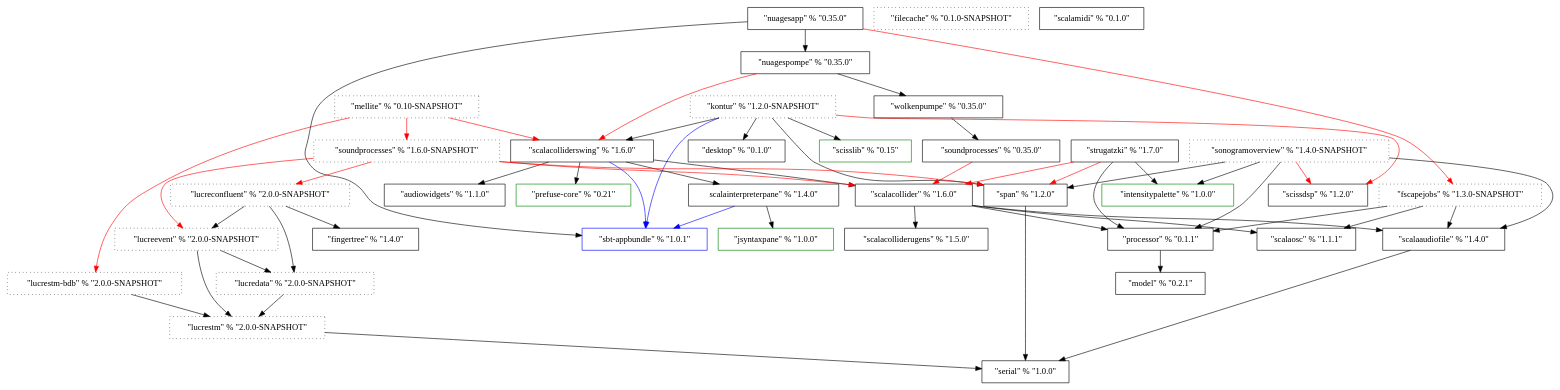
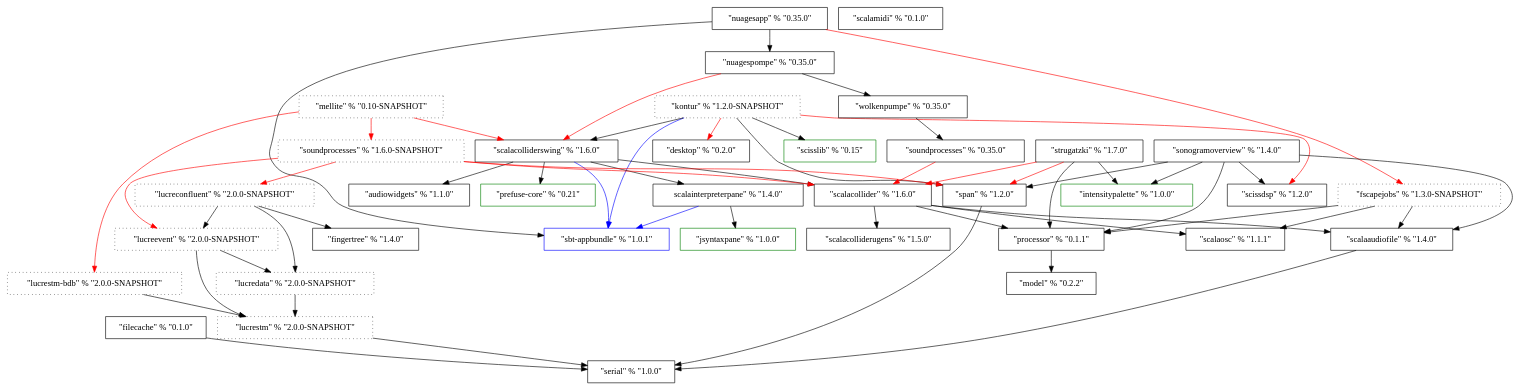
The diagram in ProjectDependencies/dep.dot (Sciss/HistoricalCode), drawn with Graphviz before and after one commit.

```diff
--- a/ProjectDependencies/dep.dot
+++ b/ProjectDependencies/dep.dot
@@ -1,93 +1,94 @@
 digraph G {
 	AudioWidgets [label="\"audiowidgets\" % \"1.1.0\"", shape=box];
-	Desktop [label="\"desktop\" % \"0.1.0\"", shape=Box];
-	FileCache [label="\"filecache\" % \"0.1.0-SNAPSHOT\"", shape=Box, style=dotted];
+	Desktop [label="\"desktop\" % \"0.2.0\"", shape=Box];
+	FileCache [label="\"filecache\" % \"0.1.0\"", shape=Box];
 	FingerTree [label="\"fingertree\" % \"1.4.0\"", shape=Box];
 	FScapeJobs [label="\"fscapejobs\" % \"1.3.0-SNAPSHOT\"", shape=box, style=dotted];
 	IntensityPalette [label="\"intensitypalette\" % \"1.0.0\"", shape=Box, color=green];
 	JSyntaxPane [label="\"jsyntaxpane\" % \"1.0.0\"", shape=Box, color=green];
 	Kontur [label="\"kontur\" % \"1.2.0-SNAPSHOT\"", shape=Box, style=dotted];
 	LucreConfluent [label="\"lucreconfluent\" % \"2.0.0-SNAPSHOT\"", shape=Box, style=dotted];
 	LucreData [label="\"lucredata\" % \"2.0.0-SNAPSHOT\"", shape=Box, style=dotted];
 	LucreEvent [label="\"lucreevent\" % \"2.0.0-SNAPSHOT\"", shape=Box, style=dotted];
 	LucreSTM [label="\"lucrestm\" % \"2.0.0-SNAPSHOT\"", shape=Box, style=dotted];
 	LucreSTM_BDB [label="\"lucrestm-bdb\" % \"2.0.0-SNAPSHOT\"", shape=Box, style=dotted];
 	Mellite [label="\"mellite\" % \"0.10-SNAPSHOT\"", shape=Box, style=dotted];
-	Model [label="\"model\" % \"0.2.1\"", shape=Box];
+	Model [label="\"model\" % \"0.2.2\"", shape=Box];
 	NuagesApp [label="\"nuagesapp\" % \"0.35.0\"", shape=Box];
 	NuagesPompe [label="\"nuagespompe\" % \"0.35.0\"", shape=Box];
 	PrefuseCore [label="\"prefuse-core\" % \"0.21\"", shape=Box, color=green];
 	Processor [label="\"processor\" % \"0.1.1\"", shape=Box];
 	SbtAppbundle [label="\"sbt-appbundle\" % \"1.0.1\"", shape=Box, color=blue];
 	ScalaOSC [label="\"scalaosc\" % \"1.1.1\"", shape=box];
 	ScalaAudioFile [label="\"scalaaudiofile\" % \"1.4.0\"", shape=box];
 	ScalaCollider [label="\"scalacollider\" % \"1.6.0\"", shape=Box];
 	ScalaColliderSwing [label="\"scalacolliderswing\" % \"1.6.0\"", shape=Box];
 	ScalaColliderUGens [label="\"scalacolliderugens\" % \"1.5.0\"", shape=Box];
 	ScalaInterpreterPane [label="\scalainterpreterpane\" % \"1.4.0\"", shape=Box];
 	ScalaMIDI [label="\"scalamidi\" % \"0.1.0\"", shape=Box];
 	ScissDSP [label="\"scissdsp\" % \"1.2.0\"", shape=Box];
 	ScissLib [label="\"scisslib\" % \"0.15\"", shape=Box, color=green];
 	Serial [label="\"serial\" % \"1.0.0\"", shape=Box];
-	SonogramOverview [label="\"sonogramoverview\" % \"1.4.0-SNAPSHOT\"", shape=Box, style=dotted];
+	SonogramOverview [label="\"sonogramoverview\" % \"1.4.0\"", shape=Box];
 	SoundProcesses [label="\"soundprocesses\" % \"1.6.0-SNAPSHOT\"", shape=Box, style=dotted];
 	SoundProcesses_OLD [label="\"soundprocesses\" % \"0.35.0\"", shape=Box];
    Span [label="\"span\" % \"1.2.0\"", shape=box];
 	Strugatzki [label="\"strugatzki\" % \"1.7.0\"", shape=Box];
 	Wolkenpumpe [label="\"wolkenpumpe\" % \"0.35.0\"", shape=Box];
 	
+	FileCache -> Serial;
 	FScapeJobs -> Processor;
 	FScapeJobs -> ScalaOSC;
 	FScapeJobs -> ScalaAudioFile;
-	Kontur -> Desktop;
+	Kontur -> Desktop [color=red];
 	Kontur -> SbtAppbundle [color=blue];
 	Kontur -> ScalaColliderSwing;
 	Kontur -> ScissDSP [color=red];
 	Kontur -> ScissLib;
 	Kontur -> Span;
 	LucreConfluent -> FingerTree;
 	LucreConfluent -> LucreData;
 	LucreConfluent -> LucreEvent;
 	LucreData -> LucreSTM;
 	LucreEvent -> LucreSTM;
    LucreEvent -> LucreData;
    LucreSTM -> Serial;
    LucreSTM_BDB -> LucreSTM;
 	Mellite -> SoundProcesses [color=red];
 	Mellite -> ScalaColliderSwing [color=red];
 	Mellite -> LucreSTM_BDB [color=red];
 	NuagesApp -> SbtAppbundle;
 	NuagesApp -> NuagesPompe;
 	NuagesApp -> FScapeJobs [color=red];
 	NuagesPompe -> Wolkenpumpe;
 	NuagesPompe -> ScalaColliderSwing [color=red];
 	Processor -> Model;
    ScalaAudioFile -> Serial;
    ScalaCollider -> Processor;
 	ScalaCollider -> ScalaAudioFile;
 	ScalaCollider -> ScalaColliderUGens;
 	ScalaCollider -> ScalaOSC;
 	ScalaColliderSwing -> SbtAppbundle [color=blue];
 	ScalaColliderSwing -> ScalaCollider;
 	ScalaColliderSwing -> ScalaInterpreterPane;
 	ScalaColliderSwing -> PrefuseCore;
 	ScalaColliderSwing -> AudioWidgets;
 	ScalaInterpreterPane -> JSyntaxPane;
 	ScalaInterpreterPane -> SbtAppbundle [color=blue];
 	SonogramOverview -> IntensityPalette;
 	SonogramOverview -> Processor;
 	SonogramOverview -> ScalaAudioFile;
-	SonogramOverview -> ScissDSP [color=red];
+	SonogramOverview -> ScissDSP;
 	SonogramOverview -> Span;
 	SoundProcesses -> ScalaCollider [color=red];
 	SoundProcesses -> LucreConfluent [color=red];
 	SoundProcesses -> LucreEvent [color=red];
 	SoundProcesses -> Span [color=red];
 	SoundProcesses_OLD -> ScalaCollider [color=red];
 	Span -> Serial;
 	Strugatzki -> IntensityPalette;
 	Strugatzki -> Processor;
 	Strugatzki -> ScalaCollider [color=red];
 	Strugatzki -> Span [color=red];
 	Wolkenpumpe -> SoundProcesses_OLD;
 }
```
